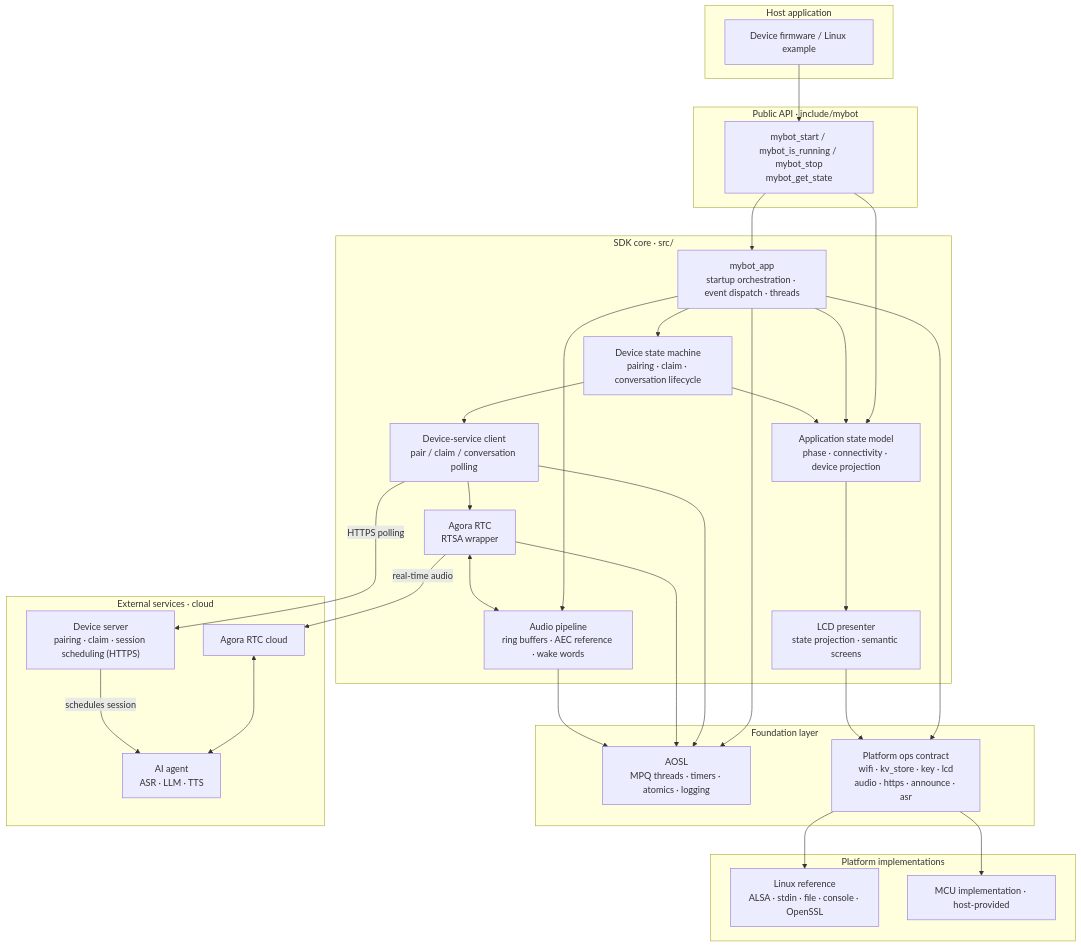
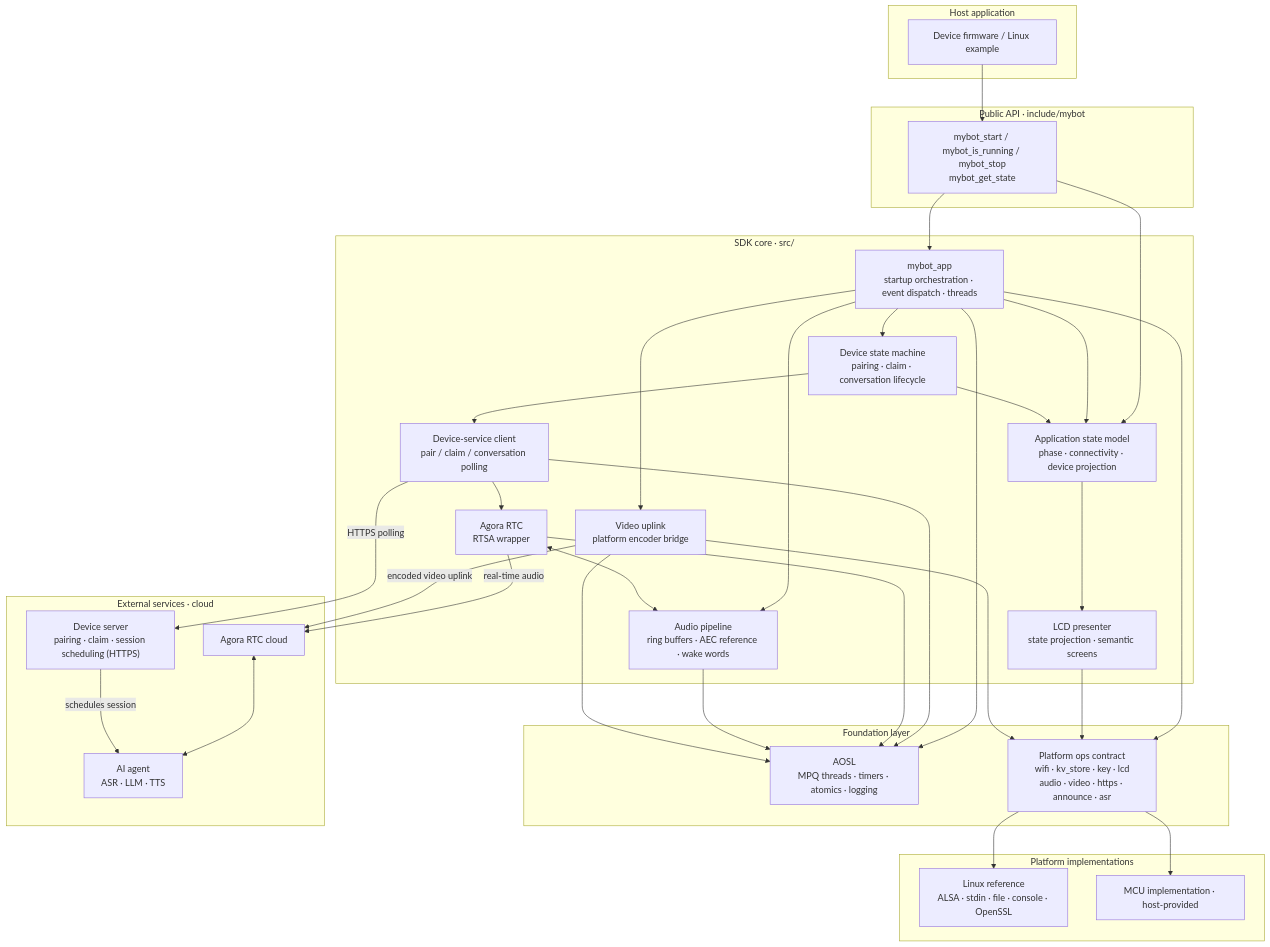
Before and after one commit to junlon2006/mybot: the second of 5 diagrams in README.md, drawn with Mermaid. The commit also changed other lines of this file and 29 other files, not shown here.

Commit message:
feat(video): add multimodal video uplink

````diff
--- a/README.md
+++ b/README.md
@@ -293,60 +309,65 @@
 ```mermaid
 flowchart TB
     subgraph host["Host application"]
         host_app["Device firmware / Linux example"]
     end
 
     subgraph api["Public API · include/mybot"]
         api_h["mybot_start / mybot_is_running / mybot_stop<br/>mybot_get_state"]
     end
 
     subgraph core["SDK core · src/"]
         app_c["mybot_app<br/>startup orchestration · event dispatch · threads"]
         app_state["Application state model<br/>phase · connectivity · device projection"]
         presenter["LCD presenter<br/>state projection · semantic screens"]
         state_m["Device state machine<br/>pairing · claim · conversation lifecycle"]
         svc_c["Device-service client<br/>pair / claim / conversation polling"]
         rtc_c["Agora RTC<br/>RTSA wrapper"]
         media_c["Audio pipeline<br/>ring buffers · AEC reference · wake words"]
+        video_c["Video uplink<br/>platform encoder bridge"]
     end
 
     subgraph infra["Foundation layer"]
         aosl["AOSL<br/>MPQ threads · timers · atomics · logging"]
-        ops["Platform ops contract<br/>wifi · kv_store · key · lcd<br/>audio · https · announce · asr"]
+        ops["Platform ops contract<br/>wifi · kv_store · key · lcd<br/>audio · video · https · announce · asr"]
     end
 
     subgraph plat["Platform implementations"]
         linux_b["Linux reference<br/>ALSA · stdin · file · console · OpenSSL"]
         mcu_b["MCU implementation · host-provided"]
     end
 
     subgraph ext["External services · cloud"]
         svc_e["Device server<br/>pairing · claim · session scheduling (HTTPS)"]
         agora_e["Agora RTC cloud"]
         agent_e["AI agent<br/>ASR · LLM · TTS"]
     end
 
     host_app --> api_h
     api_h --> app_c
     api_h --> app_state
     app_c --> state_m
     app_c --> app_state
     state_m --> app_state
     app_state --> presenter
     app_c --> media_c
+    app_c --> video_c
     state_m --> svc_c
     svc_c --> rtc_c
     rtc_c <--> media_c
     app_c --> aosl
     app_c --> ops
     presenter --> ops
     svc_c --> aosl
     rtc_c --> aosl
     media_c --> aosl
+    video_c --> aosl
+    video_c --> ops
     ops --> linux_b
     ops --> mcu_b
     svc_c -->|HTTPS polling| svc_e
     rtc_c -->|real-time audio| agora_e
+    video_c -->|encoded video uplink| agora_e
     agora_e <--> agent_e
     svc_e -->|schedules session| agent_e
 ```
````
